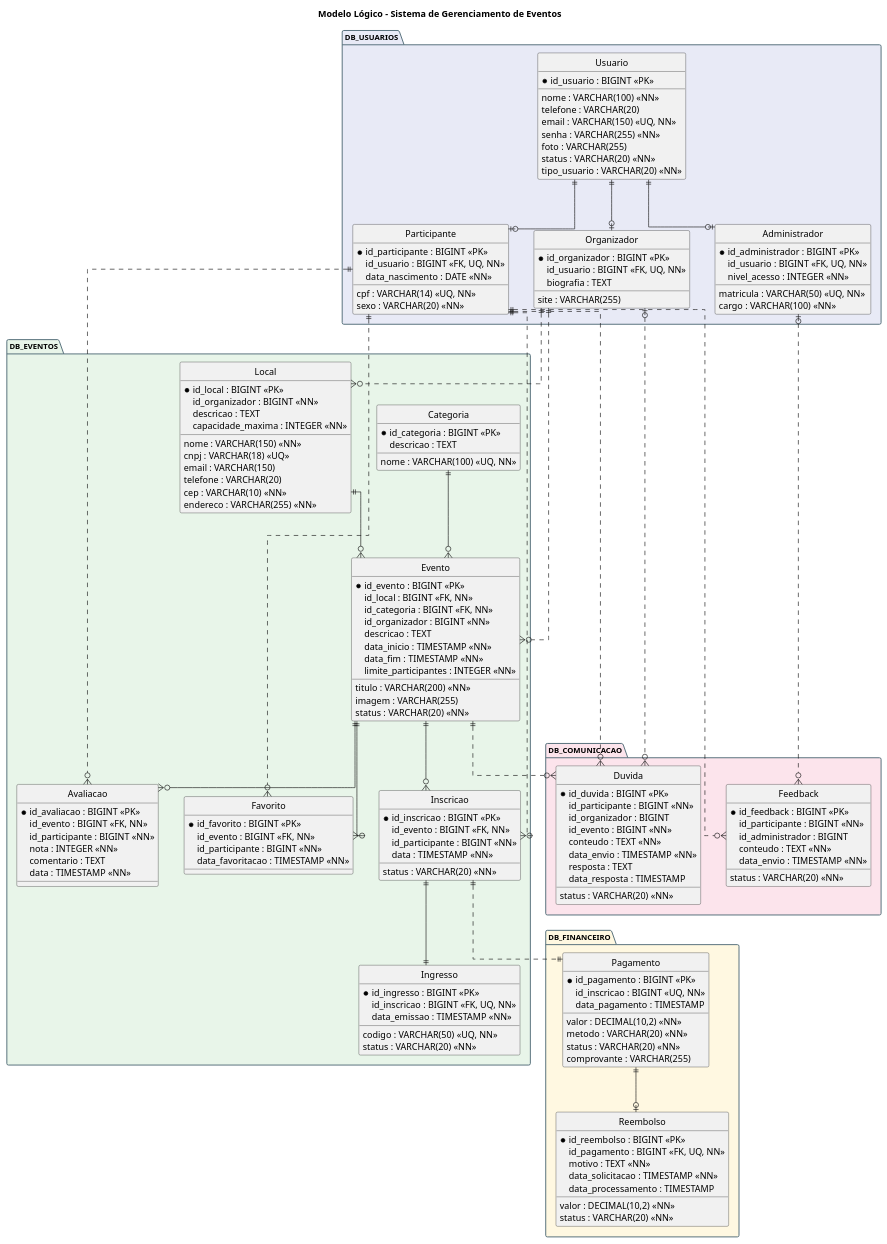
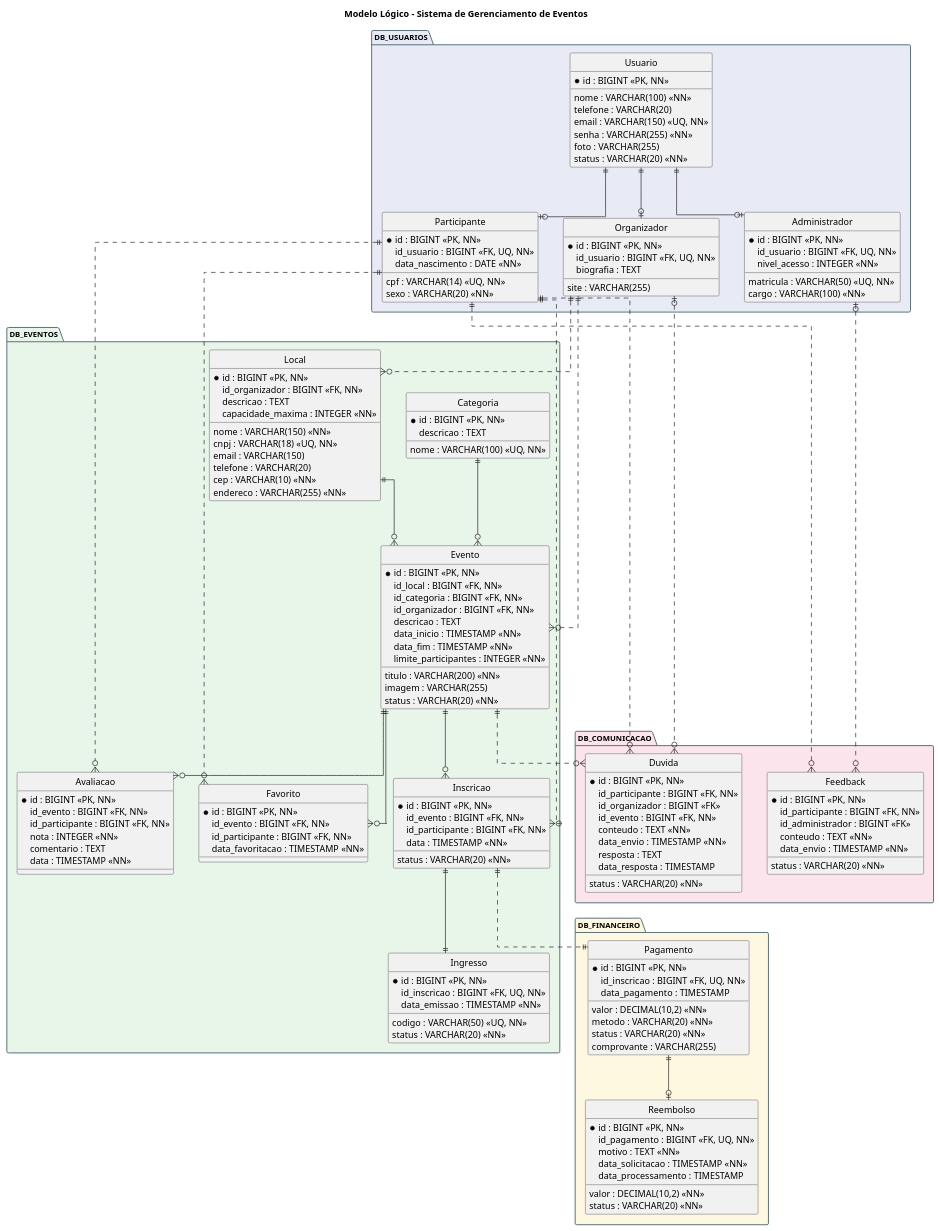
The diagram in codes/logical-model/logical-model.puml (arturbomtempo-learning/software-project-final-work), drawn with PlantUML before and after one commit. The commit also changed 1 other file, not shown here.

```diff
--- a/codes/logical-model/logical-model.puml
+++ b/codes/logical-model/logical-model.puml
@@ -1,200 +1,199 @@
 @startuml logical-model
 
 title Modelo Lógico - Sistema de Gerenciamento de Eventos
 
 hide circle
 skinparam linetype ortho
 skinparam nodesep 40
 skinparam ranksep 70
 
 skinparam entity {
     BackgroundColor #FAFAFA
     BorderColor #455A64
     FontSize 11
     AttributeFontSize 10
 }
 
 skinparam package {
     BorderColor #546E7A
     FontStyle bold
     FontSize 12
 }
 
 package "DB_USUARIOS" #E8EAF6 {
 
     entity "Usuario" as usuario {
-        * id_usuario : BIGINT <<PK>>
+        * id : BIGINT <<PK, NN>>
         nome : VARCHAR(100) <<NN>>
         telefone : VARCHAR(20)
         email : VARCHAR(150) <<UQ, NN>>
         senha : VARCHAR(255) <<NN>>
         foto : VARCHAR(255)
         status : VARCHAR(20) <<NN>>
-        tipo_usuario : VARCHAR(20) <<NN>>
     }
 
     entity "Participante" as participante {
-        * id_participante : BIGINT <<PK>>
+        * id : BIGINT <<PK, NN>>
         id_usuario : BIGINT <<FK, UQ, NN>>
         cpf : VARCHAR(14) <<UQ, NN>>
         data_nascimento : DATE <<NN>>
         sexo : VARCHAR(20) <<NN>>
     }
 
     entity "Organizador" as organizador {
-        * id_organizador : BIGINT <<PK>>
+        * id : BIGINT <<PK, NN>>
         id_usuario : BIGINT <<FK, UQ, NN>>
         biografia : TEXT
         site : VARCHAR(255)
     }
 
     entity "Administrador" as administrador {
-        * id_administrador : BIGINT <<PK>>
+        * id : BIGINT <<PK, NN>>
         id_usuario : BIGINT <<FK, UQ, NN>>
         matricula : VARCHAR(50) <<UQ, NN>>
         cargo : VARCHAR(100) <<NN>>
         nivel_acesso : INTEGER <<NN>>
     }
 }
 
 package "DB_EVENTOS" #E8F5E9 {
 
     entity "Categoria" as categoria {
-        * id_categoria : BIGINT <<PK>>
+        * id : BIGINT <<PK, NN>>
         nome : VARCHAR(100) <<UQ, NN>>
         descricao : TEXT
     }
 
     entity "Local" as local {
-        * id_local : BIGINT <<PK>>
-        id_organizador : BIGINT <<NN>>
+        * id : BIGINT <<PK, NN>>
+        id_organizador : BIGINT <<FK, NN>>
         nome : VARCHAR(150) <<NN>>
         descricao : TEXT
         capacidade_maxima : INTEGER <<NN>>
-        cnpj : VARCHAR(18) <<UQ>>
+        cnpj : VARCHAR(18) <<UQ, NN>>
         email : VARCHAR(150)
         telefone : VARCHAR(20)
         cep : VARCHAR(10) <<NN>>
         endereco : VARCHAR(255) <<NN>>
     }
 
     entity "Evento" as evento {
-        * id_evento : BIGINT <<PK>>
+        * id : BIGINT <<PK, NN>>
         id_local : BIGINT <<FK, NN>>
         id_categoria : BIGINT <<FK, NN>>
-        id_organizador : BIGINT <<NN>>
+        id_organizador : BIGINT <<FK, NN>>
         titulo : VARCHAR(200) <<NN>>
         descricao : TEXT
         data_inicio : TIMESTAMP <<NN>>
         data_fim : TIMESTAMP <<NN>>
         limite_participantes : INTEGER <<NN>>
         imagem : VARCHAR(255)
         status : VARCHAR(20) <<NN>>
     }
 
     entity "Inscricao" as inscricao {
-        * id_inscricao : BIGINT <<PK>>
+        * id : BIGINT <<PK, NN>>
         id_evento : BIGINT <<FK, NN>>
-        id_participante : BIGINT <<NN>>
+        id_participante : BIGINT <<FK, NN>>
         data : TIMESTAMP <<NN>>
         status : VARCHAR(20) <<NN>>
     }
 
     entity "Ingresso" as ingresso {
-        * id_ingresso : BIGINT <<PK>>
+        * id : BIGINT <<PK, NN>>
         id_inscricao : BIGINT <<FK, UQ, NN>>
         codigo : VARCHAR(50) <<UQ, NN>>
         data_emissao : TIMESTAMP <<NN>>
         status : VARCHAR(20) <<NN>>
     }
 
     entity "Avaliacao" as avaliacao {
-        * id_avaliacao : BIGINT <<PK>>
+        * id : BIGINT <<PK, NN>>
         id_evento : BIGINT <<FK, NN>>
-        id_participante : BIGINT <<NN>>
+        id_participante : BIGINT <<FK, NN>>
         nota : INTEGER <<NN>>
         comentario : TEXT
         data : TIMESTAMP <<NN>>
     }
 
     entity "Favorito" as favorito {
-        * id_favorito : BIGINT <<PK>>
+        * id : BIGINT <<PK, NN>>
         id_evento : BIGINT <<FK, NN>>
-        id_participante : BIGINT <<NN>>
+        id_participante : BIGINT <<FK, NN>>
         data_favoritacao : TIMESTAMP <<NN>>
     }
 }
 
 package "DB_FINANCEIRO" #FFF8E1 {
 
     entity "Pagamento" as pagamento {
-        * id_pagamento : BIGINT <<PK>>
-        id_inscricao : BIGINT <<UQ, NN>>
+        * id : BIGINT <<PK, NN>>
+        id_inscricao : BIGINT <<FK, UQ, NN>>
         valor : DECIMAL(10,2) <<NN>>
         data_pagamento : TIMESTAMP
         metodo : VARCHAR(20) <<NN>>
         status : VARCHAR(20) <<NN>>
         comprovante : VARCHAR(255)
     }
 
     entity "Reembolso" as reembolso {
-        * id_reembolso : BIGINT <<PK>>
+        * id : BIGINT <<PK, NN>>
         id_pagamento : BIGINT <<FK, UQ, NN>>
         valor : DECIMAL(10,2) <<NN>>
         motivo : TEXT <<NN>>
         data_solicitacao : TIMESTAMP <<NN>>
         data_processamento : TIMESTAMP
         status : VARCHAR(20) <<NN>>
     }
 }
 
 package "DB_COMUNICACAO" #FCE4EC {
 
     entity "Duvida" as duvida {
-        * id_duvida : BIGINT <<PK>>
-        id_participante : BIGINT <<NN>>
-        id_organizador : BIGINT
-        id_evento : BIGINT <<NN>>
+        * id : BIGINT <<PK, NN>>
+        id_participante : BIGINT <<FK, NN>>
+        id_organizador : BIGINT <<FK>>
+        id_evento : BIGINT <<FK, NN>>
         conteudo : TEXT <<NN>>
         data_envio : TIMESTAMP <<NN>>
         resposta : TEXT
         data_resposta : TIMESTAMP
         status : VARCHAR(20) <<NN>>
     }
 
     entity "Feedback" as feedback {
-        * id_feedback : BIGINT <<PK>>
-        id_participante : BIGINT <<NN>>
-        id_administrador : BIGINT
+        * id : BIGINT <<PK, NN>>
+        id_participante : BIGINT <<FK, NN>>
+        id_administrador : BIGINT <<FK>>
         conteudo : TEXT <<NN>>
         data_envio : TIMESTAMP <<NN>>
         status : VARCHAR(20) <<NN>>
     }
 }
 
 usuario ||--o| participante
 usuario ||--o| organizador
 usuario ||--o| administrador
 
 categoria ||--o{ evento
 local     ||--o{ evento
 evento    ||--o{ inscricao
 inscricao ||--|| ingresso
 evento    ||--o{ avaliacao
 evento    ||--o{ favorito
 
 pagamento ||--o| reembolso
 
 organizador   ||..o{ local
 organizador   ||..o{ evento
 participante  ||..o{ inscricao
 participante  ||..o{ avaliacao
 participante  ||..o{ favorito
 inscricao     ||..|| pagamento
 participante  ||..o{ duvida
 organizador   |o..o{ duvida
 evento        ||..o{ duvida
 participante  ||..o{ feedback
 administrador |o..o{ feedback
 
 @enduml
```
